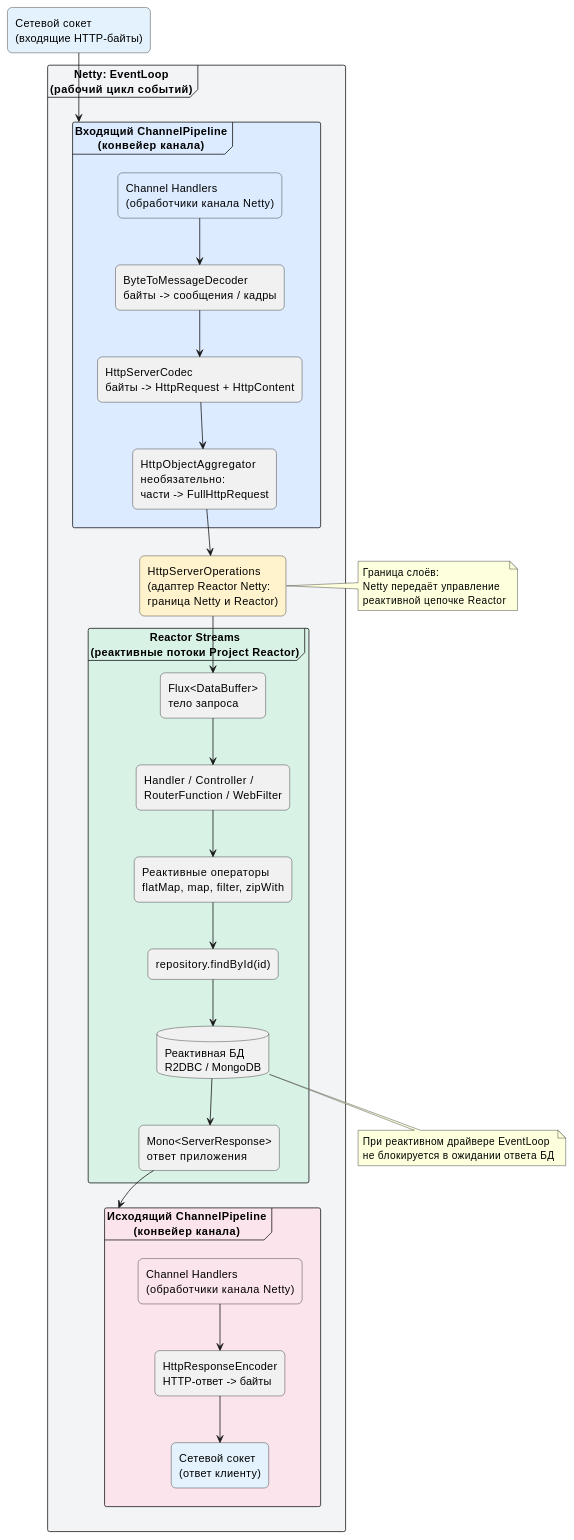
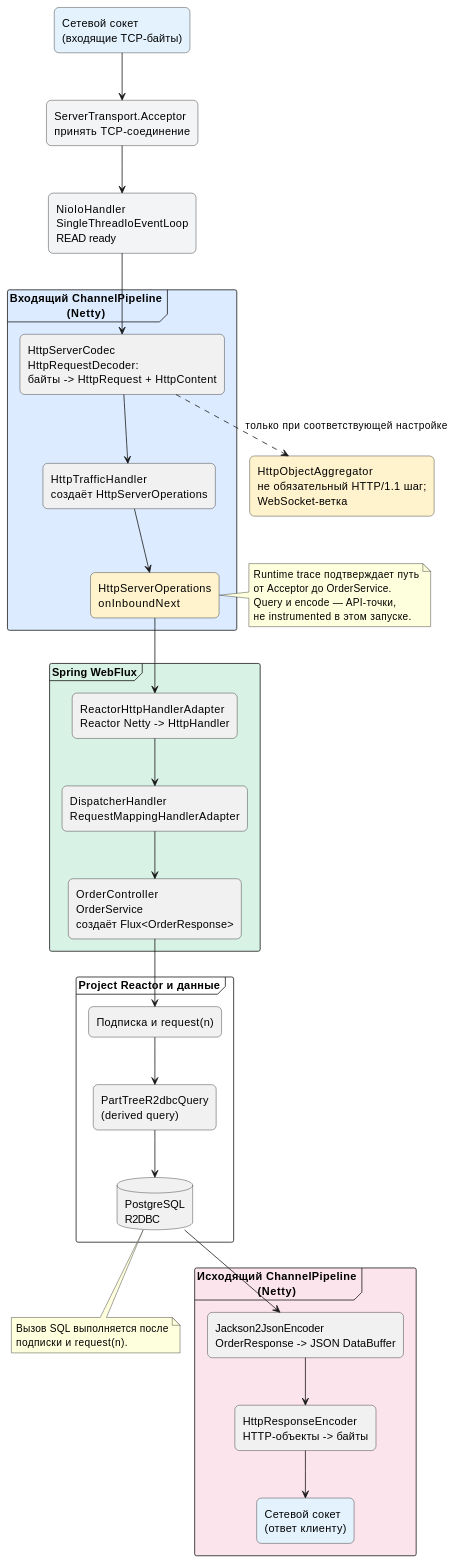
The diagram in docs/interview/reactive/13 - Путь HTTP-запроса в Netty, Reactor Netty и Spring WebFlux.md (alex-sky-cloud/greeting-service-infra), drawn with PlantUML before and after one commit. The commit also changed other lines of this file and 6 other files, not shown here.

````diff
--- a/docs/interview/reactive/13 - Путь HTTP-запроса в Netty, Reactor Netty и Spring WebFlux.md
+++ b/docs/interview/reactive/13 - Путь HTTP-запроса в Netty, Reactor Netty и Spring WebFlux.md
@@ -65,68 +104,69 @@
 ```plantuml
 @startuml
 skinparam backgroundColor white
 skinparam shadowing false
 skinparam defaultFontName Arial
 skinparam rectangle {
   RoundCorner 12
 }
 
-rectangle "Сетевой сокет\n(входящие HTTP-байты)" as socketIn #E3F2FD
+rectangle "Сетевой сокет\n(входящие TCP-байты)" as socketIn #E3F2FD
+rectangle "ServerTransport.Acceptor\nпринять TCP-соединение" as acceptor #F3F4F6
+rectangle "NioIoHandler\nSingleThreadIoEventLoop\nREAD ready" as eventLoop #F3F4F6
 
-frame "Netty: EventLoop\n(рабочий цикл событий)" as eventLoop #F3F4F6 {
-
-  frame "Входящий ChannelPipeline\n(конвейер канала)" as pipelineIn #DCEBFF {
-    rectangle "Channel Handlers\n(обработчики канала Netty)" as handlers #DCEBFF
-    rectangle "ByteToMessageDecoder\nбайты -> сообщения / кадры" as decoder
-    rectangle "HttpServerCodec\nбайты -> HttpRequest + HttpContent" as codec
-    rectangle "HttpObjectAggregator\nнеобязательно:\nчасти -> FullHttpRequest" as aggregator
-
-    handlers --> decoder
-    decoder --> codec
-    codec --> aggregator
-  }
-
-  rectangle "HttpServerOperations\n(адаптер Reactor Netty:\nграница Netty и Reactor)" as bridge #FFF3CD
-
-  frame "Reactor Streams\n(реактивные потоки Project Reactor)" as reactor #D9F2E6 {
-    rectangle "Flux<DataBuffer>\nтело запроса" as flux
-    rectangle "Handler / Controller /\nRouterFunction / WebFilter" as handler
-    rectangle "Реактивные операторы\nflatMap, map, filter, zipWith" as operators
-    rectangle "repository.findById(id)" as repository
-    database "Реактивная БД\nR2DBC / MongoDB" as db
-    rectangle "Mono<ServerResponse>\nответ приложения" as response
-
-    flux --> handler
-    handler --> operators
-    operators --> repository
-    repository --> db
-    db --> response
-  }
-
-  frame "Исходящий ChannelPipeline\n(конвейер канала)" as pipelineOut #FCE4EC {
-    rectangle "Channel Handlers\n(обработчики канала Netty)" as outHandlers #FCE4EC
-    rectangle "HttpResponseEncoder\nHTTP-ответ -> байты" as encoder
-    rectangle "Сетевой сокет\n(ответ клиенту)" as socketOut #E3F2FD
-
-    outHandlers --> encoder
-    encoder --> socketOut
-  }
+frame "Входящий ChannelPipeline\n(Netty)" as pipelineIn #DCEBFF {
+  rectangle "HttpServerCodec\nHttpRequestDecoder:\nбайты -> HttpRequest + HttpContent" as codec
+  rectangle "HttpTrafficHandler\nсоздаёт HttpServerOperations" as traffic
+  rectangle "HttpServerOperations\nonInboundNext" as operations #FFF3CD
 }
 
-socketIn --> pipelineIn
-aggregator --> bridge
-bridge --> flux
-response --> pipelineOut
+frame "Spring WebFlux" as webflux #D9F2E6 {
+  rectangle "ReactorHttpHandlerAdapter\nReactor Netty -> HttpHandler" as adapter
+  rectangle "DispatcherHandler\nRequestMappingHandlerAdapter" as dispatcher
+  rectangle "OrderController\nOrderService\nсоздаёт Flux<OrderResponse>" as application
+}
 
-note right of bridge
-  Граница слоёв:
-  Netty передаёт управление
-  реактивной цепочке Reactor
+frame "Project Reactor и данные" as reactor {
+  rectangle "Подписка и request(n)" as demand
+  rectangle "PartTreeR2dbcQuery\n(derived query)" as query
+  database "PostgreSQL\nR2DBC" as db
+}
+
+frame "Исходящий ChannelPipeline\n(Netty)" as pipelineOut #FCE4EC {
+  rectangle "Jackson2JsonEncoder\nOrderResponse -> JSON DataBuffer" as json
+  rectangle "HttpResponseEncoder\nHTTP-объекты -> байты" as encoder
+  rectangle "Сетевой сокет\n(ответ клиенту)" as socketOut #E3F2FD
+}
+
+rectangle "HttpObjectAggregator\nне обязательный HTTP/1.1 шаг;\nWebSocket-ветка" as aggregator #FFF3CD
+
+socketIn --> acceptor
+acceptor --> eventLoop
+eventLoop --> codec
+codec --> traffic
+traffic --> operations
+operations --> adapter
+adapter --> dispatcher
+dispatcher --> application
+application --> demand
+demand --> query
+query --> db
+db --> json
+json --> encoder
+encoder --> socketOut
+
+codec ..> aggregator : только при соответствующей настройке
+
+note right of operations
+  Runtime trace подтверждает путь
+  от Acceptor до OrderService.
+  Query и encode — API-точки,
+  не instrumented в этом запуске.
 end note
 
 note bottom of db
-  При реактивном драйвере EventLoop
-  не блокируется в ожидании ответа БД
+  Вызов SQL выполняется после
+  подписки и request(n).
 end note
 @enduml
 ```
````
